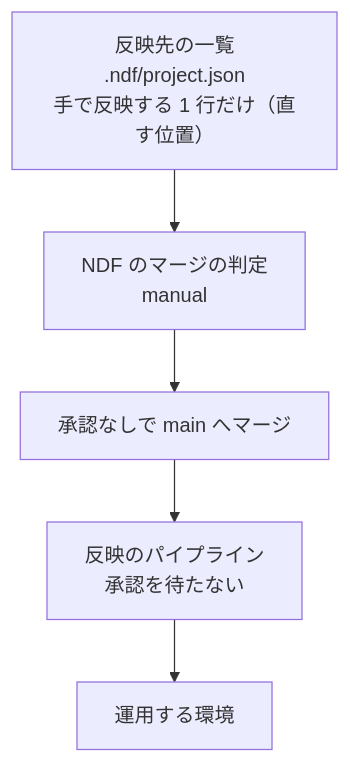
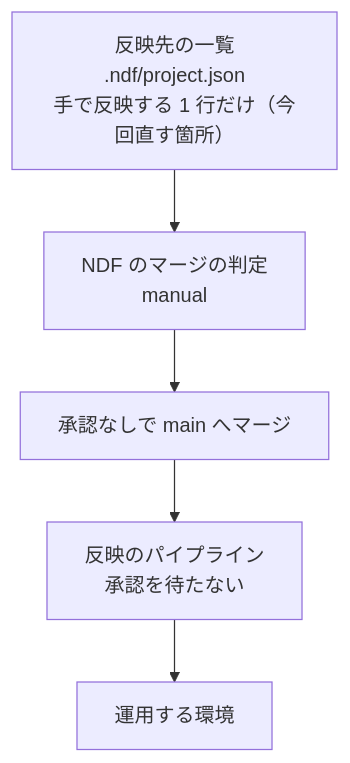
One commit to devbasex/nd-factory changed the first of 3 diagrams in issues/issue-166-design.md. Above: the diagram before and after it, drawn with Mermaid. The commit also changed other lines of this file, not shown here.

````diff
--- a/issues/issue-166-design.md
+++ b/issues/issue-166-design.md
@@ -9,7 +9,7 @@
 ```mermaid
 graph TD
-    S["反映先の一覧<br/>.ndf/project.json<br/>手で反映する 1 行だけ（直す位置）"] --> J["NDF のマージの判定<br/>manual"]
+    S["反映先の一覧<br/>.ndf/project.json<br/>手で反映する 1 行だけ（今回直す箇所）"] --> J["NDF のマージの判定<br/>manual"]
     J --> M["承認なしで main へマージ"]
     M --> P["反映のパイプライン<br/>承認を待たない"]
     P --> E["運用する環境"]
 ```
````
